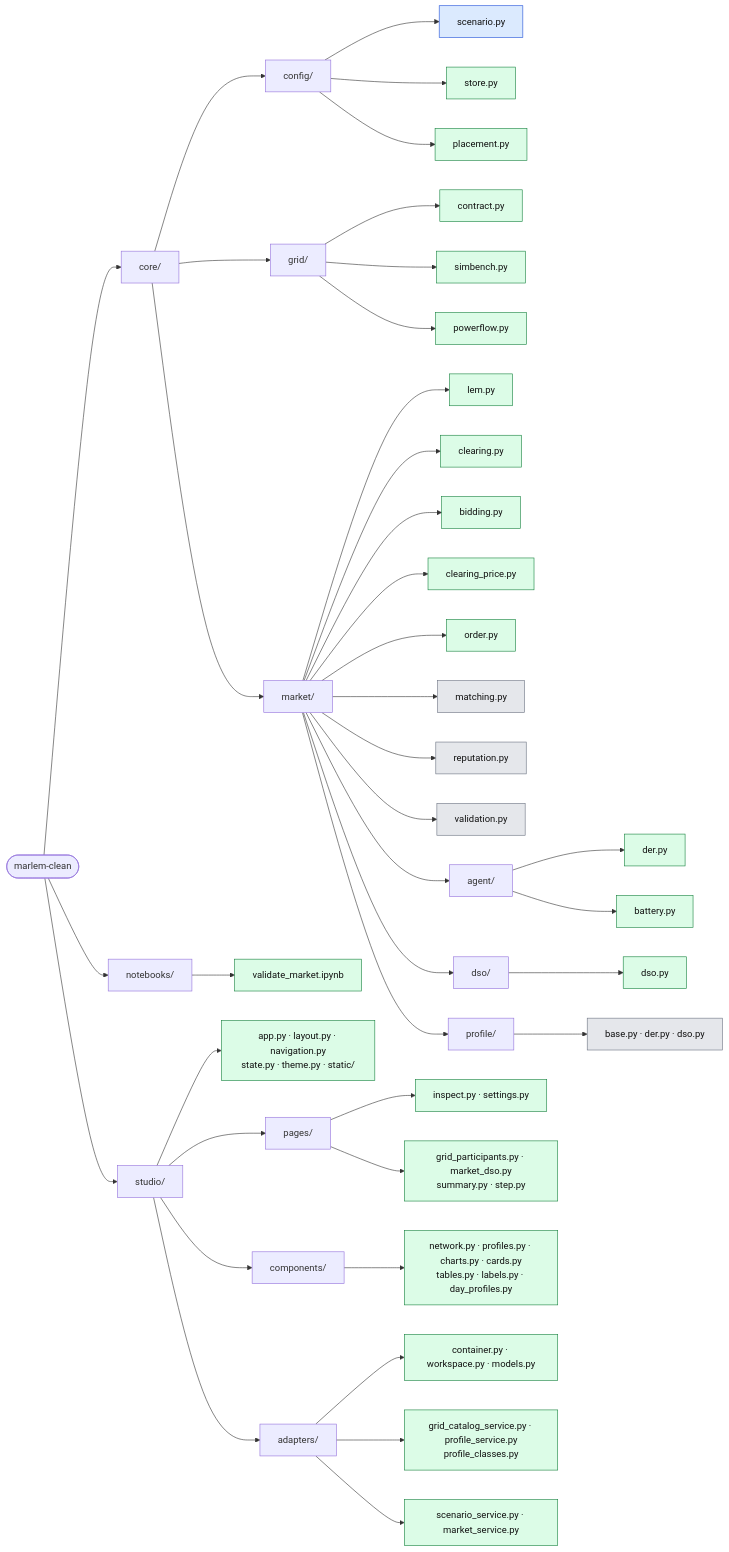
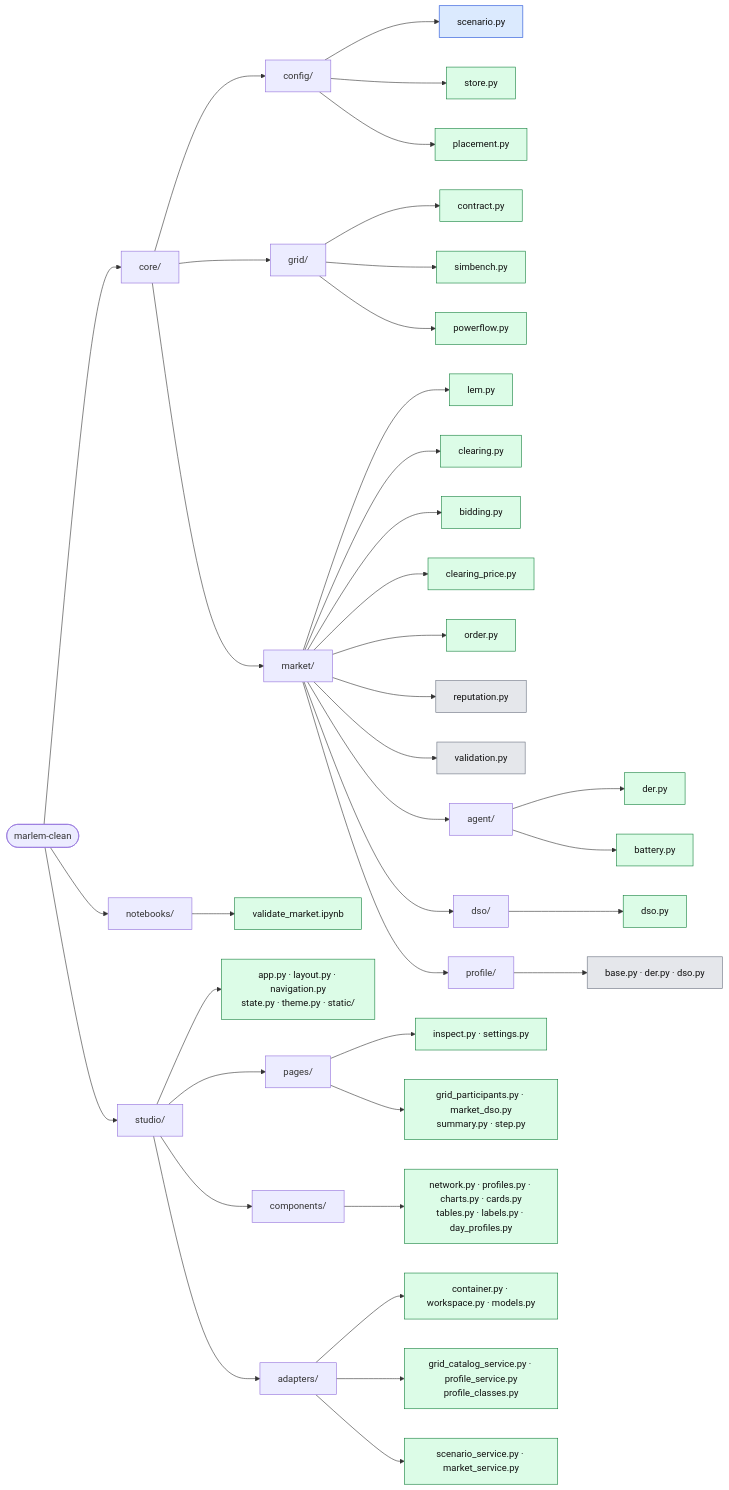
One commit to KevinRapo/P2P-thesis changed the diagram in docs/structure.md. Above: the diagram before and after it, drawn with Mermaid. The commit also changed other lines of this file and 1 other file, not shown here.

First line of the commit message:
Every core module imports: drop matching.py, type-only imports in reputation.py

````diff
--- a/docs/structure.md
+++ b/docs/structure.md
@@ -14,53 +14,52 @@
 ```mermaid
 flowchart LR
   root(["marlem-clean"])
 
   root --> core["core/"]
 
   core --> config["config/"]
   config --> c1["scenario.py"]:::data
   config --> c2["store.py"]:::done
   config --> c3["placement.py"]:::done
 
   core --> grid["grid/"]
   grid --> g1["contract.py"]:::done
   grid --> g2["simbench.py"]:::done
   grid --> g3["powerflow.py"]:::done
 
   core --> market["market/"]
   market --> m1["lem.py"]:::done
   market --> m7["clearing.py"]:::done
   market --> m8["bidding.py"]:::done
   market --> m4["clearing_price.py"]:::done
   market --> m2["order.py"]:::done
-  market --> m3["matching.py"]:::orig
   market --> m5["reputation.py"]:::orig
   market --> m6["validation.py"]:::orig
   market --> agent["agent/"]
   agent --> a1["der.py"]:::done
   agent --> a2["battery.py"]:::done
   market --> dso["dso/"]
   dso --> d1["dso.py"]:::done
   market --> profile["profile/"]
   profile --> p1["base.py · der.py · dso.py"]:::orig
 
   root --> notebooks["notebooks/"]
   notebooks --> n1["validate_market.ipynb"]:::done
 
   root --> studio["studio/"]
   studio --> t1["app.py · layout.py · navigation.py<br/>state.py · theme.py · static/"]:::done
   studio --> pages["pages/"]
   pages --> pg1["inspect.py · settings.py"]:::done
   pages --> pg2["grid_participants.py · market_dso.py<br/>summary.py · step.py"]:::done
   studio --> comps["components/"]
   comps --> k1["network.py · profiles.py · charts.py · cards.py<br/>tables.py · labels.py · day_profiles.py"]:::done
   studio --> adapters["adapters/"]
   adapters --> v1["container.py · workspace.py · models.py"]:::done
   adapters --> v2["grid_catalog_service.py · profile_service.py<br/>profile_classes.py"]:::done
   adapters --> v3["scenario_service.py · market_service.py"]:::done
 
   classDef done fill:#dcfce7,stroke:#15803d,color:#111
   classDef data fill:#dbeafe,stroke:#1d4ed8,color:#111
   classDef stub fill:#fef3c7,stroke:#b45309,color:#111
   classDef orig fill:#e5e7eb,stroke:#6b7280,color:#111
 ```
````
